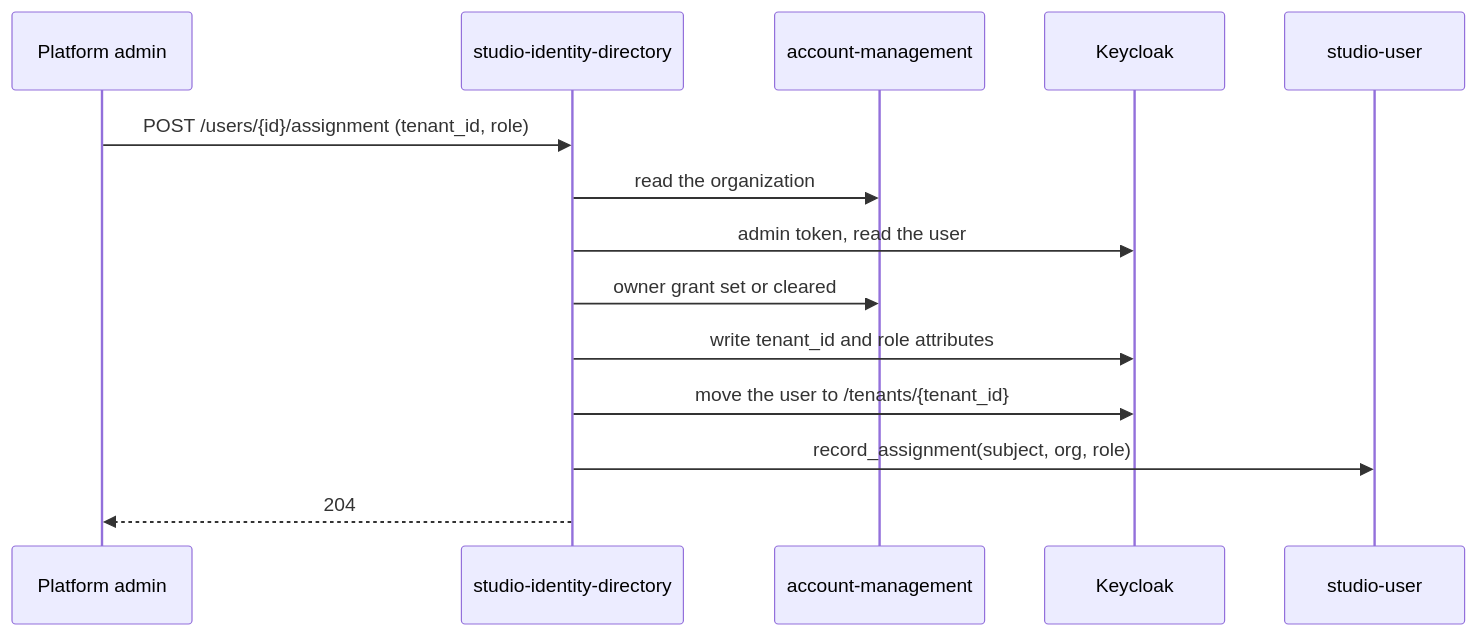
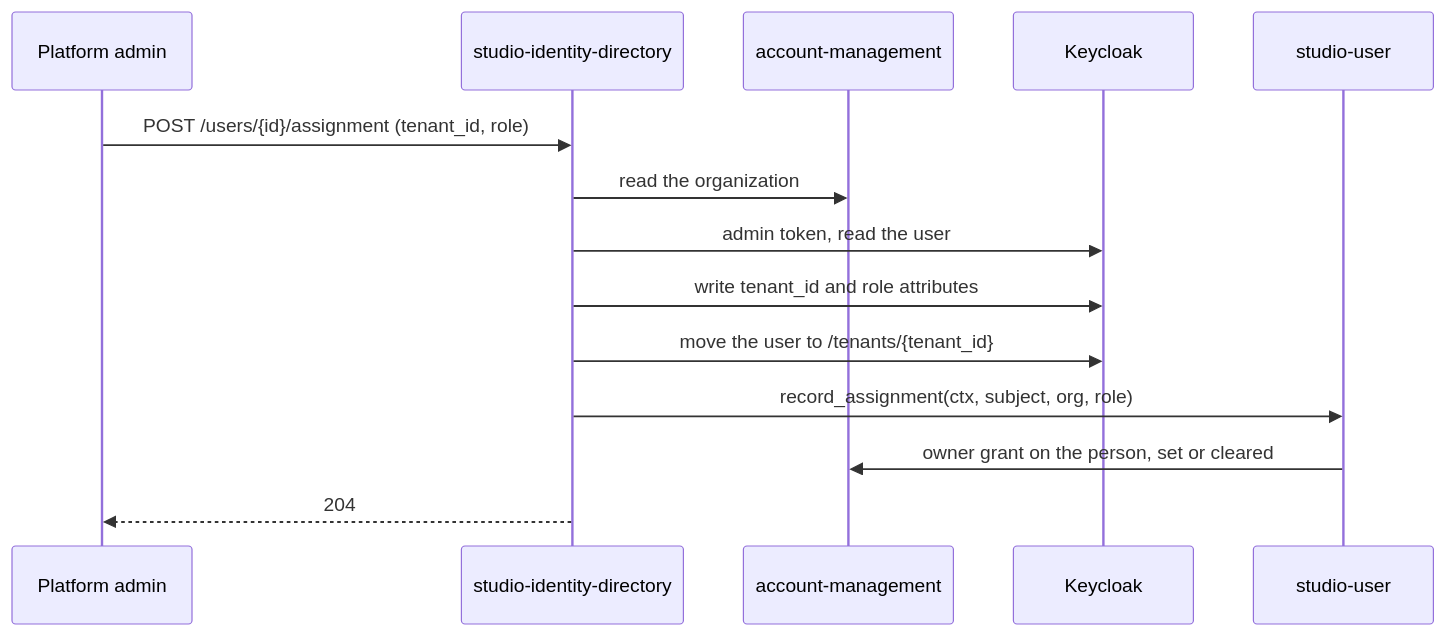
The diagram in docs/design/studio-identity-directory.md (AndrejK666/studio-web), drawn with Mermaid before and after one commit. The commit also changed other lines of this file and 92 other files, not shown here.

````diff
--- a/docs/design/studio-identity-directory.md
+++ b/docs/design/studio-identity-directory.md
@@ -249,16 +253,16 @@
 ```mermaid
 sequenceDiagram
     participant A as Platform admin
     participant D as studio-identity-directory
     participant AM as account-management
     participant K as Keycloak
     participant U as studio-user
     A->>D: POST /users/{id}/assignment (tenant_id, role)
     D->>AM: read the organization
     D->>K: admin token, read the user
-    D->>AM: owner grant set or cleared
     D->>K: write tenant_id and role attributes
     D->>K: move the user to /tenants/{tenant_id}
-    D->>U: record_assignment(subject, org, role)
+    D->>U: record_assignment(ctx, subject, org, role)
+    U->>AM: owner grant on the person, set or cleared
     D-->>A: 204
 ```
````
